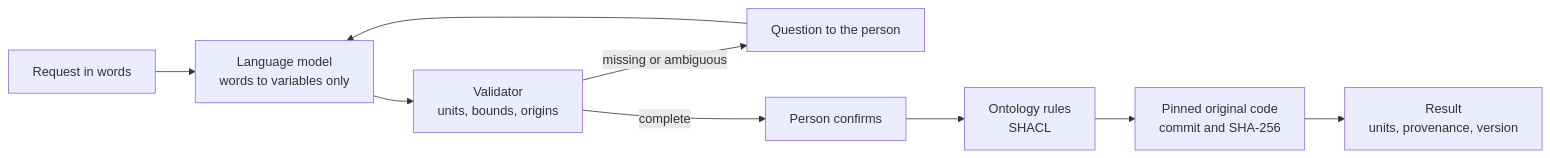
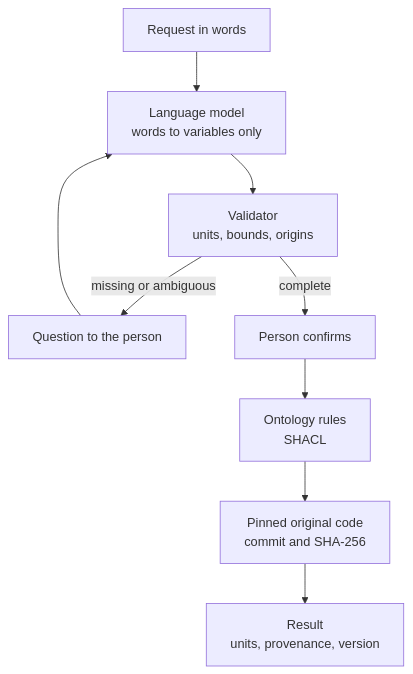
One commit to cyrilvoyant/websemantic changed the diagram in README.md. Above: the diagram before and after it, drawn with Mermaid.

Commit message:
README: vertical request-to-result diagram (readable width)

````diff
--- a/README.md
+++ b/README.md
@@ -47,11 +47,11 @@
 ```mermaid
-flowchart LR
+flowchart TD
     A["Request in words"] --> B["Language model<br/>words to variables only"]
     B --> C["Validator<br/>units, bounds, origins"]
     C -- "missing or ambiguous" --> D["Question to the person"]
     D --> B
     C -- "complete" --> E["Person confirms"]
     E --> F["Ontology rules<br/>SHACL"]
     F --> G["Pinned original code<br/>commit and SHA-256"]
     G --> H["Result<br/>units, provenance, version"]
 ```
````
